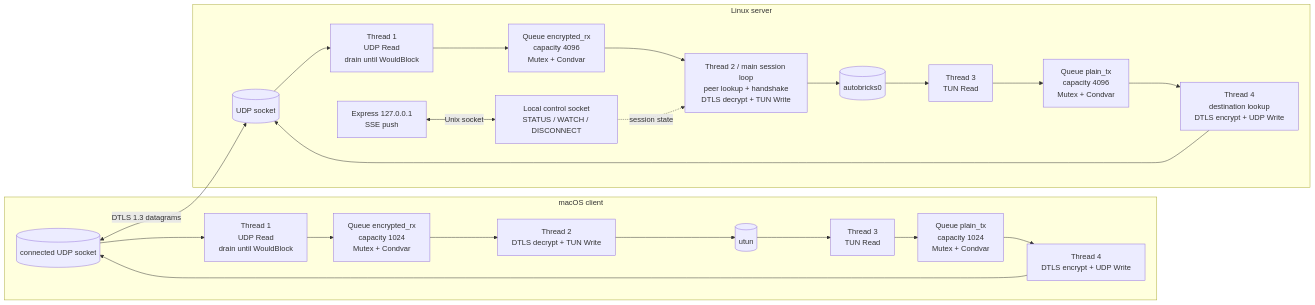
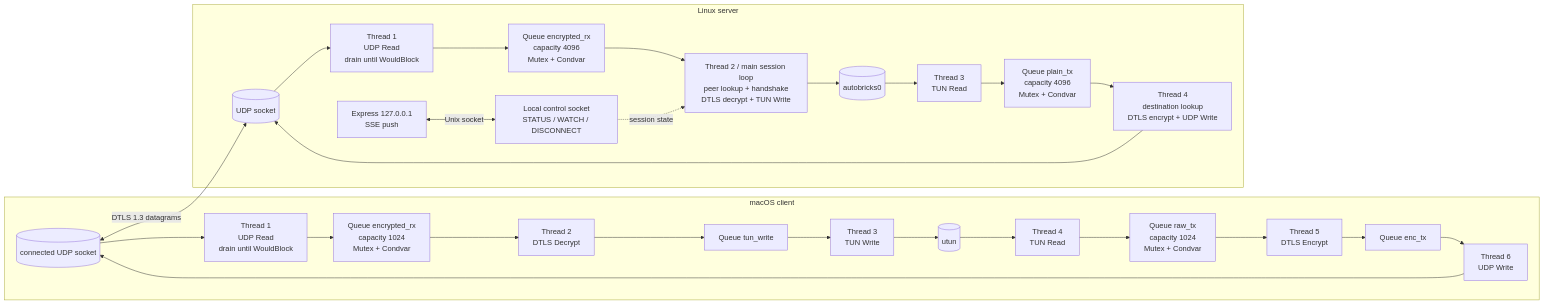
The diagram in README.md (pregene/autobricks-vpn), drawn with Mermaid before and after one commit. The commit also changed other lines of this file and 10 other files, not shown here.

````diff
--- a/README.md
+++ b/README.md
@@ -55,35 +56,39 @@
 ```mermaid
 flowchart LR
     subgraph Client[macOS client]
         CUDP[(connected UDP socket)]
         CUR["Thread 1<br/>UDP Read<br/>drain until WouldBlock"]
         CEQ["Queue encrypted_rx<br/>capacity 1024<br/>Mutex + Condvar"]
-        CTW["Thread 2<br/>DTLS decrypt + TUN Write"]
+        CDW["Thread 2<br/>DTLS Decrypt"]
+        CTQ["Queue tun_write"]
+        CTW["Thread 3<br/>TUN Write"]
         UTUN[(utun)]
-        CTR["Thread 3<br/>TUN Read"]
-        CPQ["Queue plain_tx<br/>capacity 1024<br/>Mutex + Condvar"]
-        CUW["Thread 4<br/>DTLS encrypt + UDP Write"]
+        CTR["Thread 4<br/>TUN Read"]
+        CPQ["Queue raw_tx<br/>capacity 1024<br/>Mutex + Condvar"]
+        CEW["Thread 5<br/>DTLS Encrypt"]
+        CXQ["Queue enc_tx"]
+        CUW["Thread 6<br/>UDP Write"]
 
-        CUDP --> CUR --> CEQ --> CTW --> UTUN
-        UTUN --> CTR --> CPQ --> CUW --> CUDP
+        CUDP --> CUR --> CEQ --> CDW --> CTQ --> CTW --> UTUN
+        UTUN --> CTR --> CPQ --> CEW --> CXQ --> CUW --> CUDP
     end
 
     subgraph Server[Linux server]
         SUDP[(UDP socket)]
         SUR["Thread 1<br/>UDP Read<br/>drain until WouldBlock"]
         SEQ["Queue encrypted_rx<br/>capacity 4096<br/>Mutex + Condvar"]
         SDW["Thread 2 / main session loop<br/>peer lookup + handshake<br/>DTLS decrypt + TUN Write"]
         STUN[(autobricks0)]
         STR["Thread 3<br/>TUN Read"]
         SPQ["Queue plain_tx<br/>capacity 4096<br/>Mutex + Condvar"]
         SUW["Thread 4<br/>destination lookup<br/>DTLS encrypt + UDP Write"]
         CTL["Local control socket<br/>STATUS / WATCH / DISCONNECT"]
         WEB["Express 127.0.0.1<br/>SSE push"]
 
         SUDP --> SUR --> SEQ --> SDW --> STUN
         STUN --> STR --> SPQ --> SUW --> SUDP
         WEB <-->|Unix socket| CTL -. session state .-> SDW
     end
 
     CUDP <-->|DTLS 1.3 datagrams| SUDP
 ```
````
